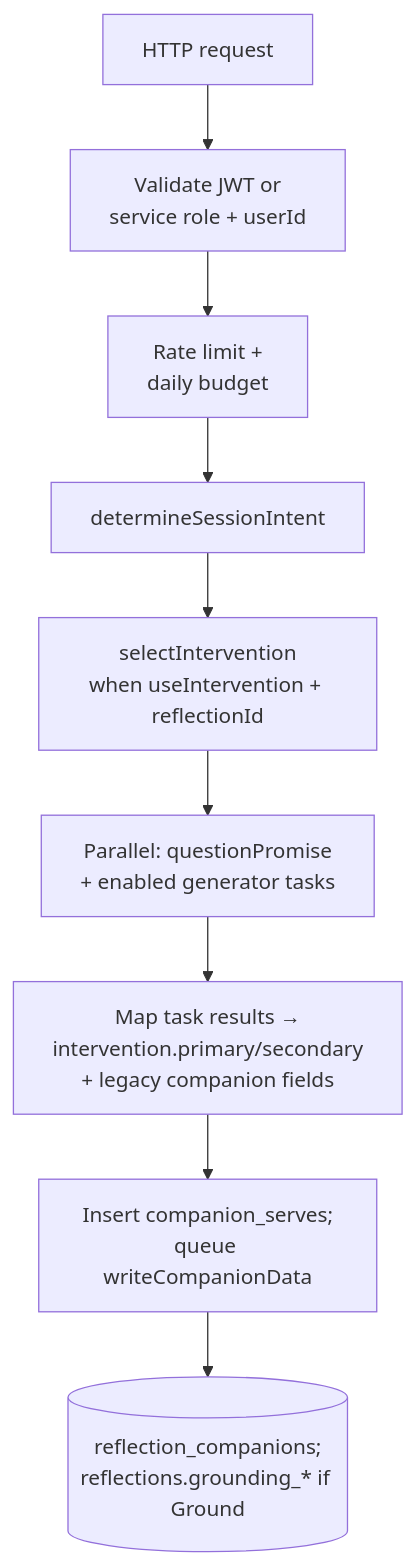
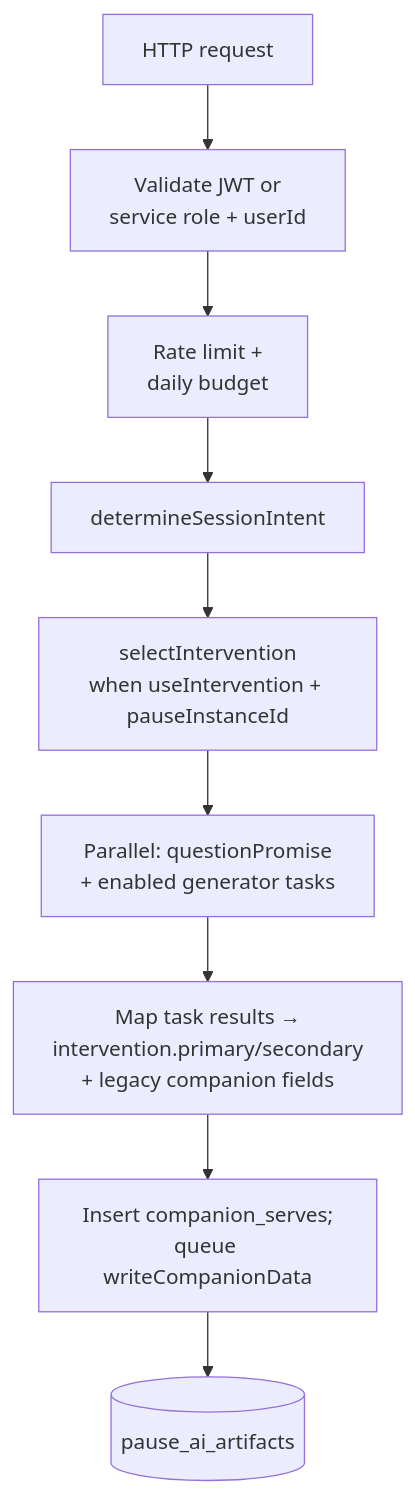
One commit to Angelguirao/holzen changed the third of 5 diagrams in docs/systems/pause/ai-powered-pause-system.md. Above: the diagram before and after it, drawn with Mermaid. The commit also changed other lines of this file and 6 other files, not shown here.

````diff
--- a/docs/systems/pause/ai-powered-pause-system.md
+++ b/docs/systems/pause/ai-powered-pause-system.md
@@ -306,11 +298,11 @@
 ```mermaid
 flowchart TD
   IN[HTTP request] --> AUTH[Validate JWT or\nservice role + userId]
   AUTH --> RL[Rate limit +\ndaily budget]
   RL --> SI[determineSessionIntent]
-  SI --> SEL[selectIntervention\nwhen useIntervention + reflectionId]
+  SI --> SEL[selectIntervention\nwhen useIntervention + pauseInstanceId]
   SEL --> PAR["Parallel: questionPromise\n+ enabled generator tasks"]
   PAR --> ASM[Map task results →\nintervention.primary/secondary\n+ legacy companion fields]
   ASM --> SRV[Insert companion_serves;\nqueue writeCompanionData]
-  SRV --> OUT[(reflection_companions;\nreflections.grounding_* if Ground)]
+  SRV --> OUT[(pause_ai_artifacts)]
 ```
````
